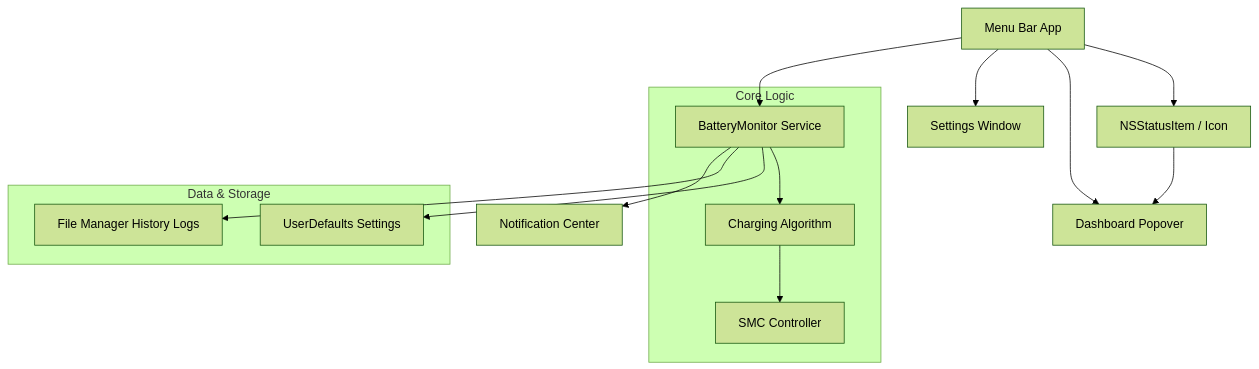
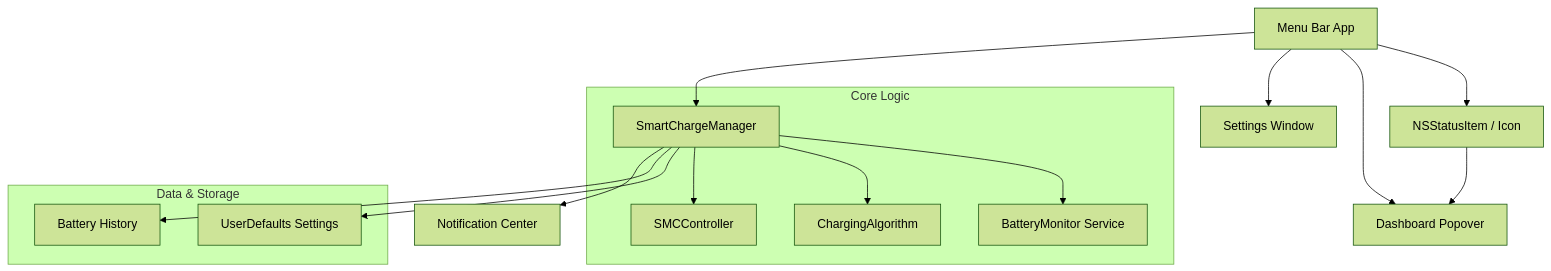
The first of 2 diagrams in docs/ARCHITECTURE.md (calebyhan/smart-charge), drawn with Mermaid (forest theme) before and after one commit. The commit also changed other lines of this file and 23 other files, not shown here.

````diff
--- a/docs/ARCHITECTURE.md
+++ b/docs/ARCHITECTURE.md
@@ -7,27 +7,29 @@
 ```mermaid
 graph TD
     App[Menu Bar App] --> StatusItem[NSStatusItem / Icon]
     App --> Popover[Dashboard Popover]
     App --> Settings[Settings Window]
-    
+
     StatusItem --> Popover
-    
+
     subgraph Core Logic
+        SmartChargeManager[SmartChargeManager]
         BatteryMonitor[BatteryMonitor Service]
-        ChargingAlgo[Charging Algorithm]
-        SMC[SMC Controller]
+        ChargingAlgo[ChargingAlgorithm]
+        SMC[SMCController]
     end
-    
-    App --> BatteryMonitor
-    BatteryMonitor --> ChargingAlgo
-    ChargingAlgo --> SMC
-    
+
+    App --> SmartChargeManager
+    SmartChargeManager --> BatteryMonitor
+    SmartChargeManager --> ChargingAlgo
+    SmartChargeManager --> SMC
+
     subgraph Data & Storage
         UserDefaults[UserDefaults Settings]
-        HistoryLog[File Manager History Logs]
+        HistoryLog[Battery History]
     end
-    
-    BatteryMonitor --> UserDefaults
-    BatteryMonitor --> HistoryLog
-    BatteryMonitor --> NotificationCenter[Notification Center]
+
+    SmartChargeManager --> UserDefaults
+    SmartChargeManager --> HistoryLog
+    SmartChargeManager --> NotificationCenter[Notification Center]
 ```
````
